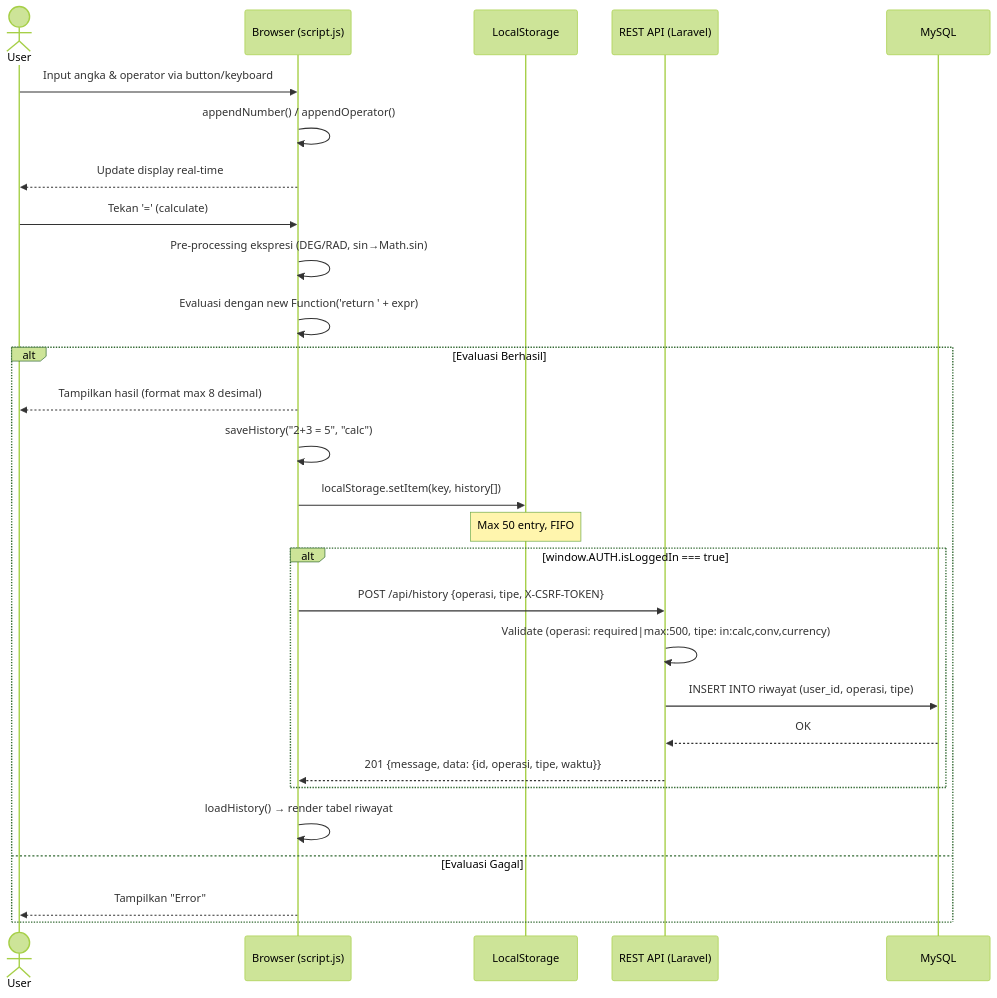
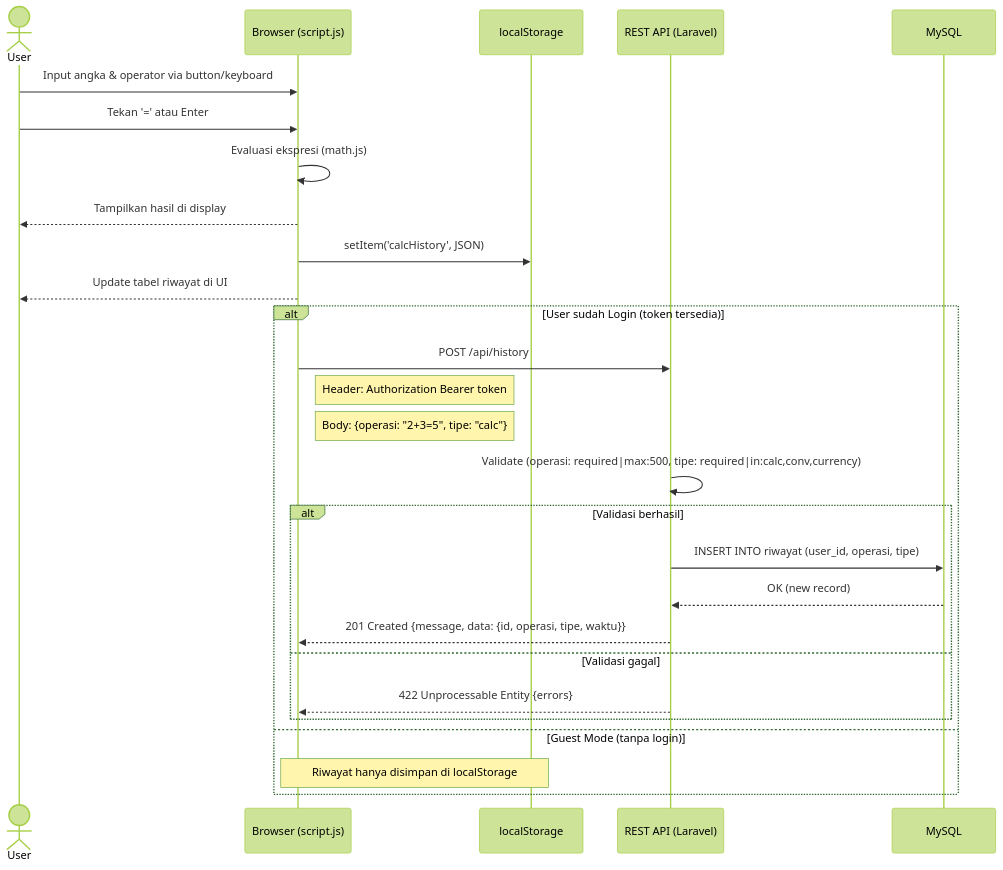
Before and after one commit to falcon-ioi/Caclcon: the fifth of 11 diagrams in e-concalc-web/README.md, drawn with Mermaid (forest theme). The commit also changed other lines of this file, not shown here.

Commit message:
docs: expand sequence diagrams with detailed flows (login, register, Google OAuth, calculator sync, currency converter)

````diff
--- a/e-concalc-web/README.md
+++ b/e-concalc-web/README.md
@@ -191,35 +191,32 @@
 ```mermaid
 sequenceDiagram
     actor User
     participant Browser as Browser (script.js)
-    participant LS as LocalStorage
+    participant LS as localStorage
     participant API as REST API (Laravel)
     participant DB as MySQL
 
     User->>Browser: Input angka & operator via button/keyboard
-    Browser->>Browser: appendNumber() / appendOperator()
-    Browser-->>User: Update display real-time
+    User->>Browser: Tekan '=' atau Enter
+    Browser->>Browser: Evaluasi ekspresi (math.js)
+    Browser-->>User: Tampilkan hasil di display
 
-    User->>Browser: Tekan '=' (calculate)
-    Browser->>Browser: Pre-processing ekspresi (DEG/RAD, sin→Math.sin)
-    Browser->>Browser: Evaluasi dengan new Function('return ' + expr)
+    Browser->>LS: setItem('calcHistory', JSON)
+    Browser-->>User: Update tabel riwayat di UI
 
-    alt Evaluasi Berhasil
-        Browser-->>User: Tampilkan hasil (format max 8 desimal)
-        Browser->>Browser: saveHistory("2+3 = 5", "calc")
-        Browser->>LS: localStorage.setItem(key, history[])
-        Note over LS: Max 50 entry, FIFO
-
-        alt window.AUTH.isLoggedIn === true
-            Browser->>API: POST /api/history {operasi, tipe, X-CSRF-TOKEN}
-            API->>API: Validate (operasi: required|max:500, tipe: in:calc,conv,currency)
+    alt User sudah Login (token tersedia)
+        Browser->>API: POST /api/history
+        Note right of Browser: Header: Authorization Bearer token
+        Note right of Browser: Body: {operasi: "2+3=5", tipe: "calc"}
+        API->>API: Validate (operasi: required|max:500, tipe: required|in:calc,conv,currency)
+        alt Validasi berhasil
             API->>DB: INSERT INTO riwayat (user_id, operasi, tipe)
-            DB-->>API: OK
-            API-->>Browser: 201 {message, data: {id, operasi, tipe, waktu}}
+            DB-->>API: OK (new record)
+            API-->>Browser: 201 Created {message, data: {id, operasi, tipe, waktu}}
+        else Validasi gagal
+            API-->>Browser: 422 Unprocessable Entity {errors}
         end
-
-        Browser->>Browser: loadHistory() → render tabel riwayat
-    else Evaluasi Gagal
-        Browser-->>User: Tampilkan "Error"
+    else Guest Mode (tanpa login)
+        Note over Browser,LS: Riwayat hanya disimpan di localStorage
     end
 ```
````
